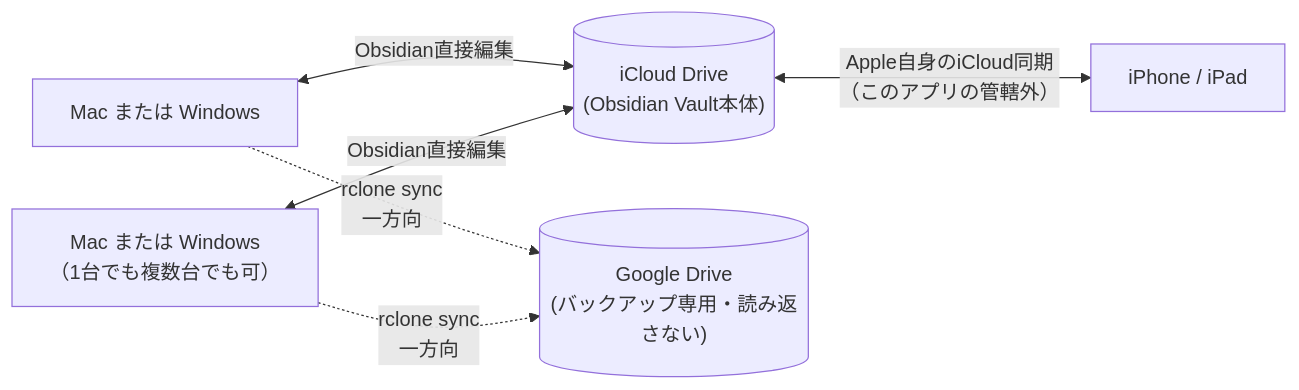
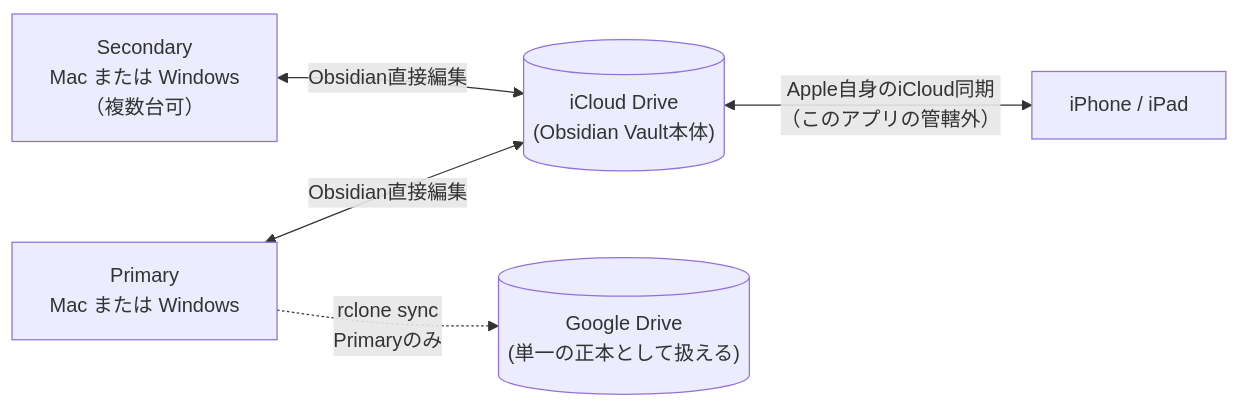
The first of 4 diagrams in README.md (kh813/unitevault), drawn with Mermaid before and after one commit. The commit also changed other lines of this file and 10 other files, not shown here.

First line of the commit message:
Release v0.0.64: reintroduce Primary/Secondary election for iCloud mode

````diff
--- a/README.md
+++ b/README.md
@@ -39,14 +39,13 @@
 ```mermaid
 flowchart LR
-    PC1["Mac または Windows"]
-    PC2["Mac または Windows<br/>（1台でも複数台でも可）"]
+    PC1["Primary<br/>Mac または Windows"]
+    PC2["Secondary<br/>Mac または Windows<br/>（複数台可）"]
     ICLOUD[("iCloud Drive<br/>(Obsidian Vault本体)")]
     IPHONE["iPhone / iPad"]
-    DRIVE[("Google Drive<br/>(バックアップ専用・読み返さない)")]
+    DRIVE[("Google Drive<br/>(単一の正本として扱える)")]
 
     PC1 <-->|Obsidian直接編集| ICLOUD
     PC2 <-->|Obsidian直接編集| ICLOUD
     ICLOUD <-->|"Apple自身のiCloud同期<br/>（このアプリの管轄外）"| IPHONE
-    PC1 -.->|"rclone sync<br/>一方向"| DRIVE
-    PC2 -.->|"rclone sync<br/>一方向"| DRIVE
+    PC1 -.->|"rclone sync<br/>Primaryのみ"| DRIVE
 ```
````
